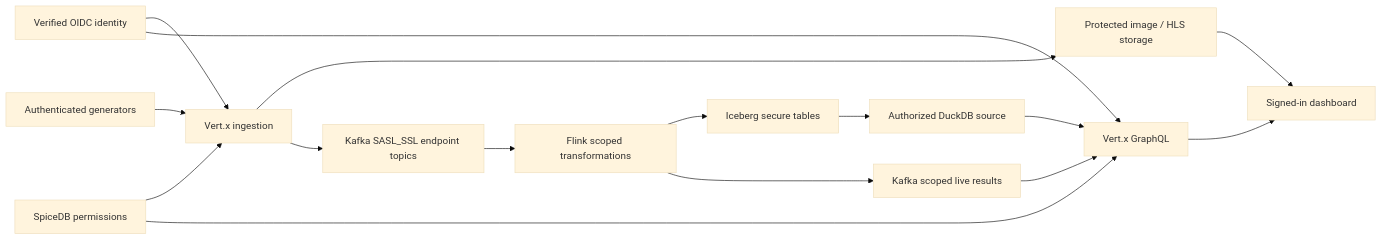
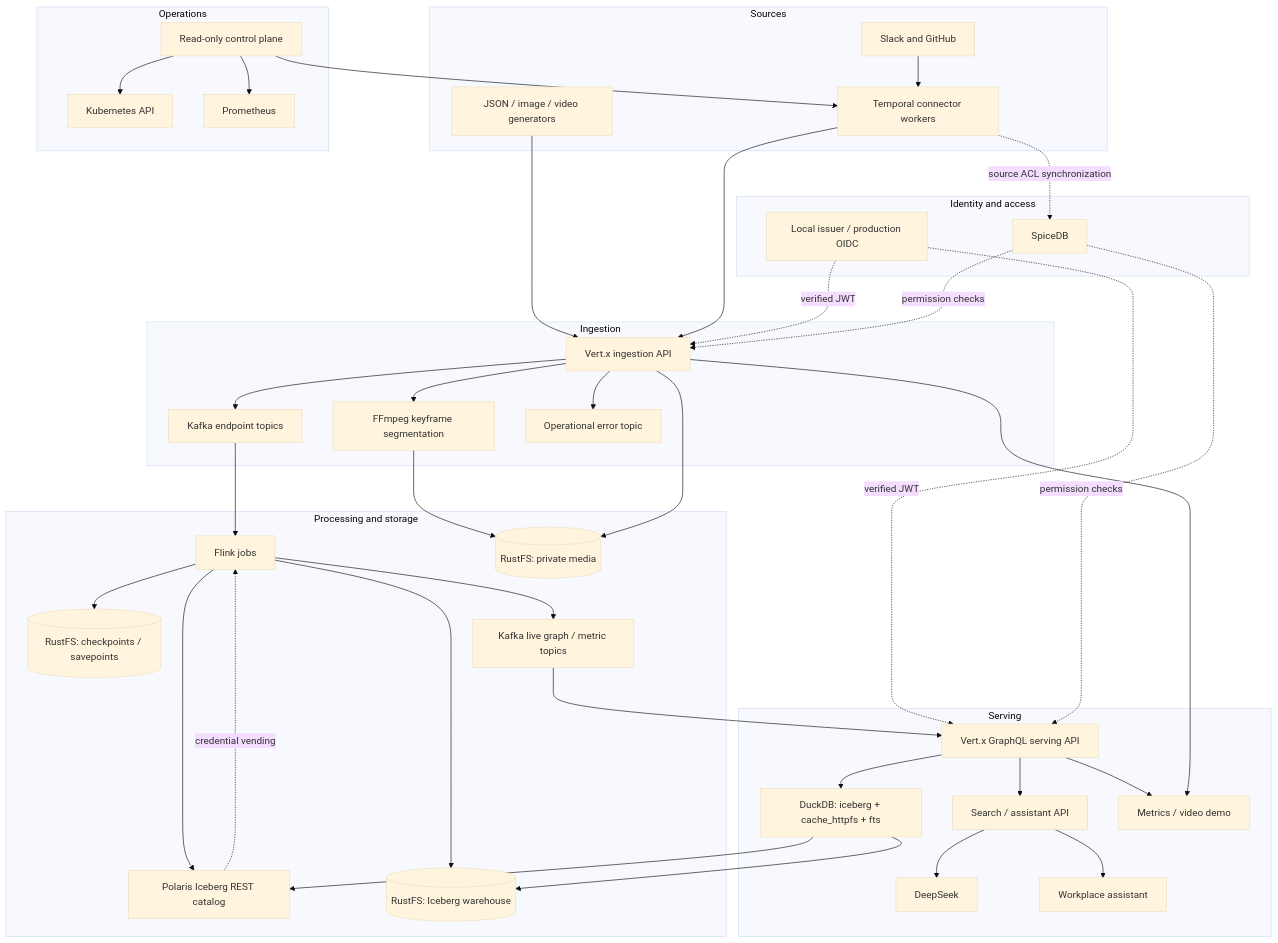
Before and after one commit to henneberger/context-graph: the diagram in README.md, drawn with Mermaid (base theme). The commit also changed other lines of this file and 12 other files, not shown here.

````diff
--- a/README.md
+++ b/README.md
@@ -11,18 +63,70 @@
 ```mermaid
-flowchart LR
-  G[Authenticated generators] --> I[Vert.x ingestion]
-  O[Verified OIDC identity] --> I
-  O --> Q[Vert.x GraphQL]
-  A[SpiceDB permissions] --> I
-  A --> Q
-  I --> M[Protected image / HLS storage]
-  I --> K[Kafka SASL_SSL endpoint topics]
-  K --> F[Flink scoped transformations]
-  F --> T[Iceberg secure tables]
-  F --> L[Kafka scoped live results]
-  T --> D[Authorized DuckDB source]
-  D --> Q
-  L --> Q
-  Q --> U[Signed-in dashboard]
-  M --> U
+flowchart TB
+  subgraph Sources
+    GEN[JSON / image / video generators]
+    EXT[Slack and GitHub]
+    TW[Temporal connector workers]
+    EXT --> TW
+  end
+  subgraph Ingestion
+    I[Vert.x ingestion API]
+    V[FFmpeg keyframe segmentation]
+    K[Kafka endpoint topics]
+    E[Operational error topic]
+    GEN --> I
+    TW --> I
+    I --> V
+    I --> K
+    I --> E
+  end
+  subgraph Processing_and_storage[Processing and storage]
+    F[Flink jobs]
+    P[Polaris Iceberg REST catalog]
+    W[(RustFS: Iceberg warehouse)]
+    M[(RustFS: private media)]
+    R[(RustFS: checkpoints / savepoints)]
+    LIVE[Kafka live graph / metric topics]
+    K --> F
+    F --> P
+    P -. credential vending .-> F
+    F --> W
+    F --> R
+    F --> LIVE
+    V --> M
+    I --> M
+  end
+  subgraph Serving
+    Q[Vert.x GraphQL serving API]
+    D[DuckDB: iceberg + cache_httpfs + fts]
+    SA[Search / assistant API]
+    LLM[DeepSeek]
+    UI[Workplace assistant]
+    DEMO[Metrics / video demo]
+    Q --> D
+    D --> P
+    D --> W
+    LIVE --> Q
+    Q --> SA
+    SA --> LLM
+    SA --> UI
+    Q --> DEMO
+    I --> DEMO
+  end
+  subgraph Identity_and_access[Identity and access]
+    O[Local issuer / production OIDC]
+    A[SpiceDB]
+    O -. verified JWT .-> I
+    O -. verified JWT .-> Q
+    A -. permission checks .-> I
+    A -. permission checks .-> Q
+    TW -. source ACL synchronization .-> A
+  end
+  subgraph Operations
+    CP[Read-only control plane]
+    K8S[Kubernetes API]
+    PROM[Prometheus]
+    CP --> K8S
+    CP --> PROM
+    CP --> TW
+  end
 ```
````
